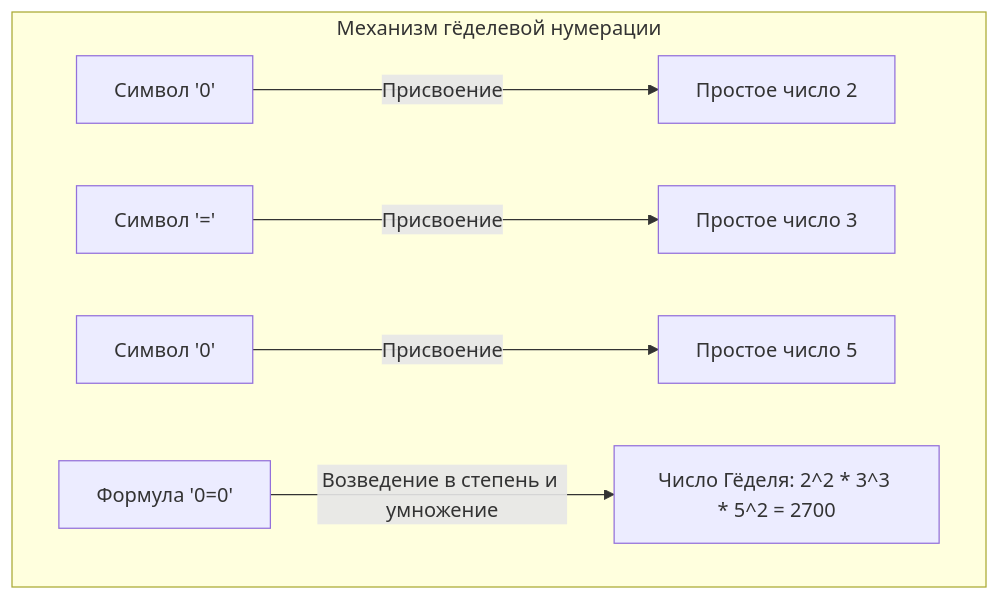
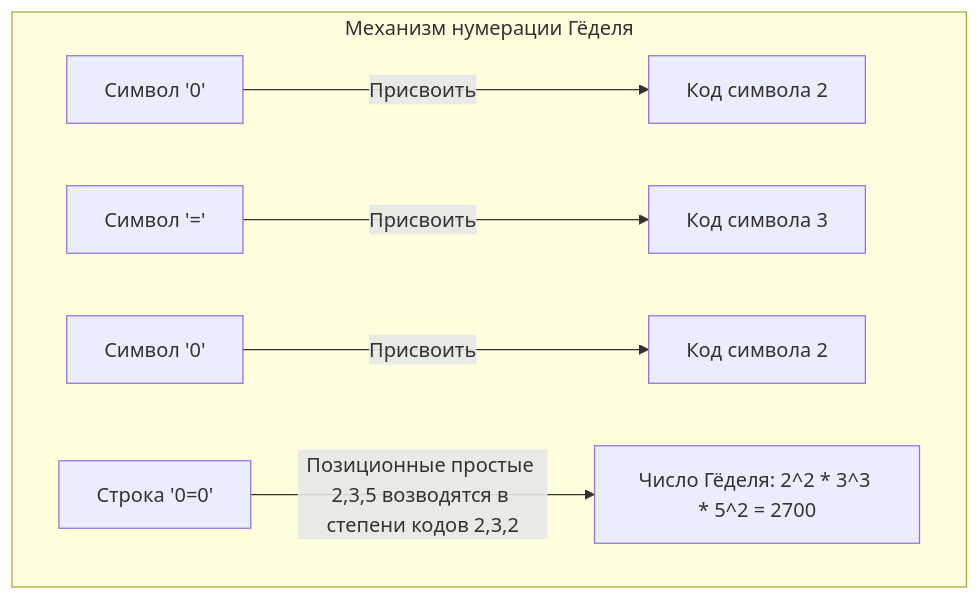
Before and after one commit to kenjinote/blog: the third of 4 diagrams in content/post/godels-incompleteness-theorems/index.ru.md, drawn with Mermaid. The commit also changed other lines of this file and 11 other files, not shown here.

````diff
--- a/content/post/godels-incompleteness-theorems/index.ru.md
+++ b/content/post/godels-incompleteness-theorems/index.ru.md
@@ -97,9 +93,9 @@
 ```mermaid
 graph TD
-    subgraph "Механизм гёделевой нумерации"
-        S1["Символ '0'"] -->|"Присвоение"| N1["Простое число 2"]
-        S2["Символ '='"] -->|"Присвоение"| N2["Простое число 3"]
-        S3["Символ '0'"] -->|"Присвоение"| N3["Простое число 5"]
-        F["Формула '0=0'"] -->|"Возведение в степень и умножение"| GN["Число Гёделя: 2^2 * 3^3 * 5^2 = 2700"]
+    subgraph "Механизм нумерации Гёделя"
+        S1["Символ '0'"] -->|"Присвоить"| N1["Код символа 2"]
+        S2["Символ '='"] -->|"Присвоить"| N2["Код символа 3"]
+        S3["Символ '0'"] -->|"Присвоить"| N3["Код символа 2"]
+        F["Строка '0=0'"] -->|"Позиционные простые 2,3,5 возводятся в степени кодов 2,3,2"| GN["Число Гёделя: 2^2 * 3^3 * 5^2 = 2700"]
     end
 ```
````
